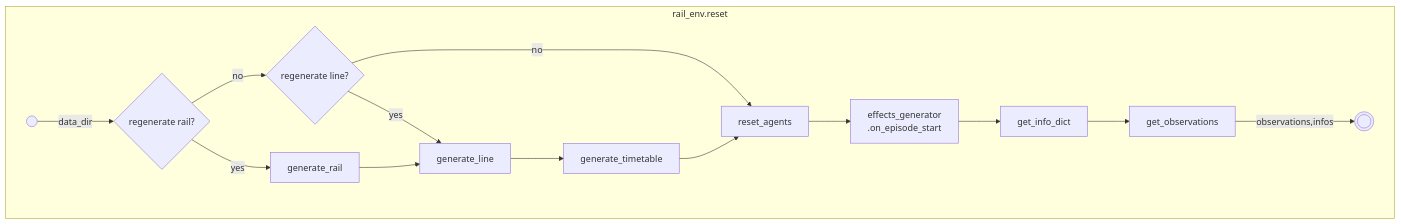
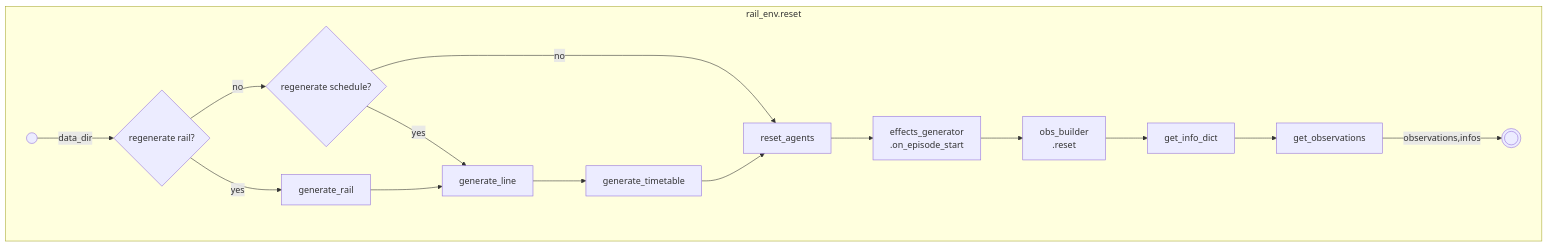
One commit to flatland-association/flatland-book changed the seventh of 7 diagrams in key-concepts/key_concepts.md. Above: the diagram before and after it, drawn with Mermaid. The commit also changed other lines of this file, not shown here.

Commit message:
docs(key-concepts): keep the distance on a denied crossing and restart malfunctions on reset.

````diff
--- a/key-concepts/key_concepts.md
+++ b/key-concepts/key_concepts.md
@@ -512,18 +512,19 @@
 ```mermaid
 flowchart TD
     subgraph rail_env.reset
         start(("&nbsp;")) -->|data_dir| regenerate_rail{regenerate rail?}
-        regenerate_rail -->|no| regenerate_line{regenerate line?}
+        regenerate_rail -->|no| regenerate_line{regenerate schedule?}
         regenerate_rail -->|yes| generate_rail
         regenerate_line -->|yes| generate_line
         regenerate_line -->|no| reset_agents
         generate_rail --> generate_line
         generate_line --> generate_timetable
         generate_timetable --> reset_agents
         reset_agents --> effects_generator.on_episode_start[effects_generator<br/>.on_episode_start]
-        effects_generator.on_episode_start --> get_info_dict
+        effects_generator.on_episode_start --> obs_builder.reset[obs_builder<br/>.reset]
+        obs_builder.reset --> get_info_dict
         get_info_dict --> get_observations
         get_observations -->|observations,infos| end_((("&nbsp;")))
     end
 
 ```
````
